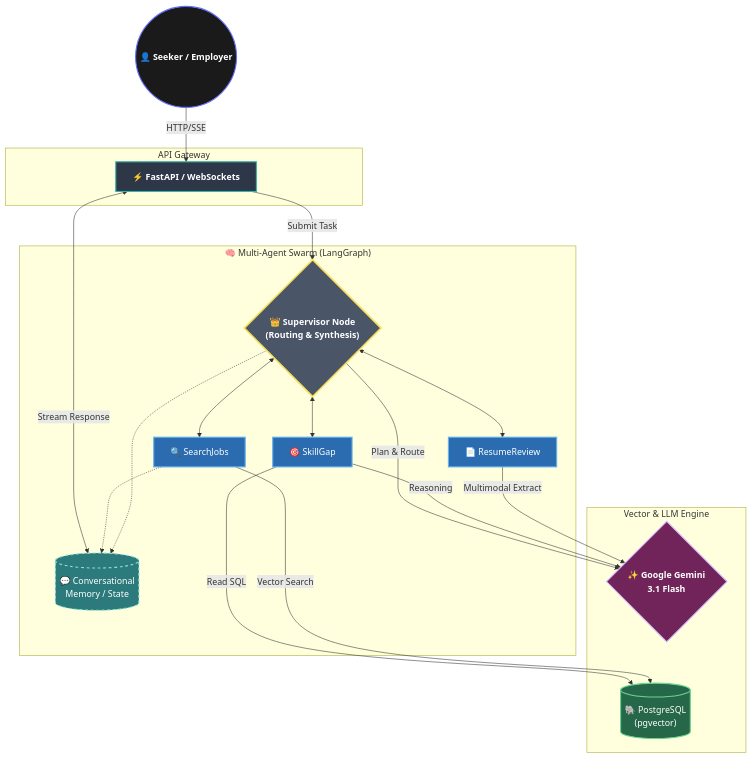
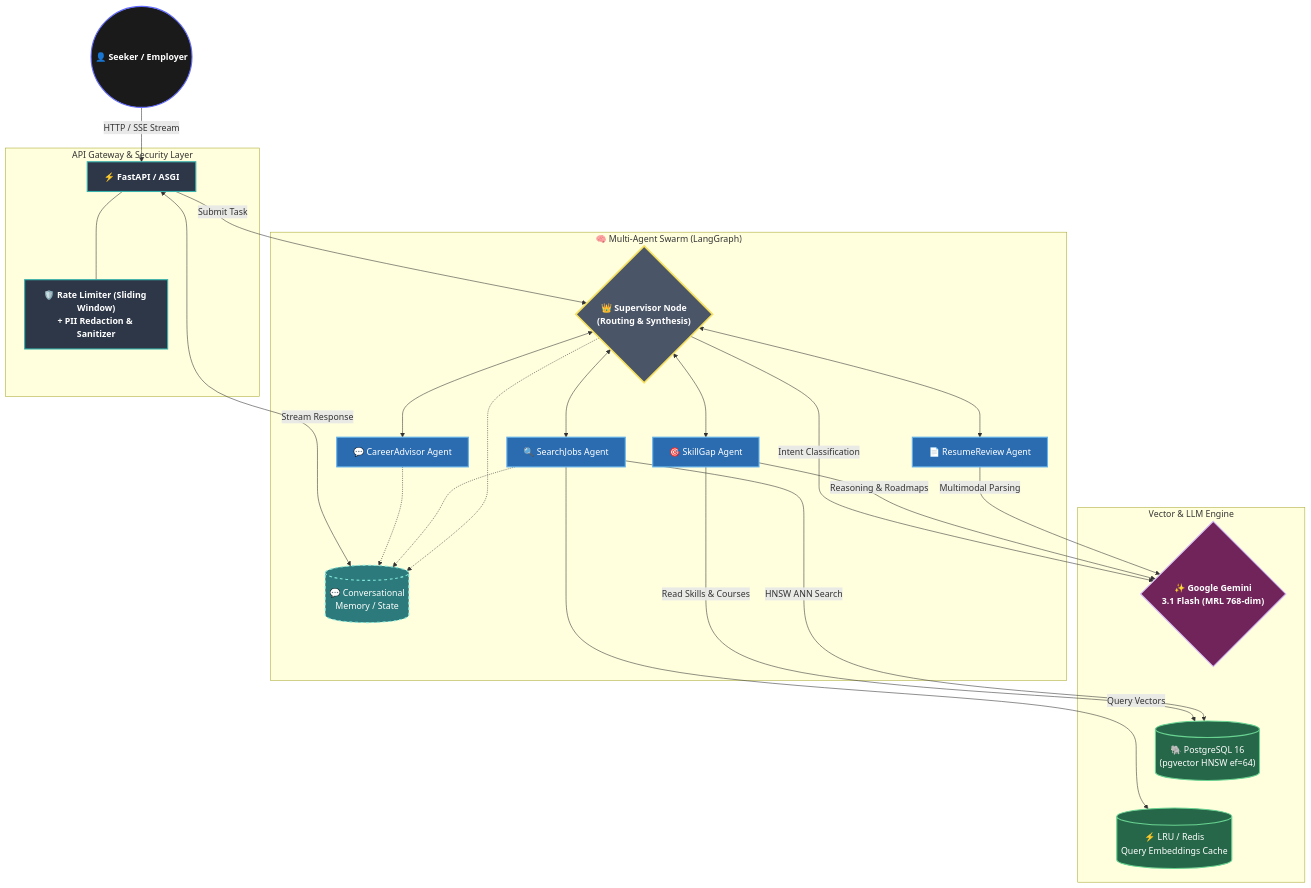
Before and after one commit to LouSens/KerjaCerdas: the third of 4 diagrams in README.md, drawn with Mermaid. The commit also changed other lines of this file and 9 other files, not shown here.

Commit message:
docs: consolidate formal proposal suite with realistic 3-year financial model and 100% full-cloud roadmap

````diff
--- a/README.md
+++ b/README.md
@@ -211,55 +230,62 @@
 ```mermaid
 flowchart TD
     %% Modern Startup Aesthetics
     classDef user fill:#1A1A1A,stroke:#646CFF,stroke-width:2px,color:#FFF,font-weight:bold
     classDef api fill:#2D3748,stroke:#38B2AC,stroke-width:2px,color:#FFF,font-weight:bold
     classDef supervisor fill:#4A5568,stroke:#F6E05E,stroke-width:3px,color:#FFF,font-weight:bold
     classDef worker fill:#2B6CB0,stroke:#63B3ED,stroke-width:2px,color:#FFF
     classDef state fill:#2C7A7B,stroke:#81E6D9,stroke-width:2px,color:#FFF,stroke-dasharray: 5 5
     classDef db fill:#276749,stroke:#68D391,stroke-width:2px,color:#FFF
     classDef llm fill:#702459,stroke:#D6BCFA,stroke-width:2px,color:#FFF,font-weight:bold
 
     User((👤 Seeker / Employer)):::user
 
-    subgraph API_Layer ["API Gateway"]
-        FastAPI["⚡ FastAPI / WebSockets"]:::api
+    subgraph API_Layer ["API Gateway & Security Layer"]
+        FastAPI["⚡ FastAPI / ASGI"]:::api
+        Middleware["🛡️ Rate Limiter (Sliding Window)\n+ PII Redaction & Sanitizer"]:::api
+        FastAPI --- Middleware
     end
 
     subgraph LangGraph_Swarm ["🧠 Multi-Agent Swarm (LangGraph)"]
         Supervisor{"👑 Supervisor Node\n(Routing & Synthesis)"}:::supervisor
         
         %% Agents
-        SearchAgent["🔍 SearchJobs"]:::worker
-        ReviewAgent["📄 ResumeReview"]:::worker
-        GapAgent["🎯 SkillGap"]:::worker
+        SearchAgent["🔍 SearchJobs Agent"]:::worker
+        ReviewAgent["📄 ResumeReview Agent"]:::worker
+        GapAgent["🎯 SkillGap Agent"]:::worker
+        AdvisorAgent["💬 CareerAdvisor Agent"]:::worker
         
         GraphState[("💬 Conversational\nMemory / State")]:::state
 
         Supervisor <--> SearchAgent
         Supervisor <--> ReviewAgent
         Supervisor <--> GapAgent
+        Supervisor <--> AdvisorAgent
         
         Supervisor -.-> GraphState
         SearchAgent -.-> GraphState
+        AdvisorAgent -.-> GraphState
     end
 
     subgraph Infrastructure ["Vector & LLM Engine"]
-        Gemini{"✨ Google Gemini\n3.1 Flash"}:::llm
-        PG[("🐘 PostgreSQL\n(pgvector)")]:::db
+        Gemini{"✨ Google Gemini\n3.1 Flash (MRL 768-dim)"}:::llm
+        PG[("🐘 PostgreSQL 16\n(pgvector HNSW ef=64)")]:::db
+        Cache[("⚡ LRU / Redis\nQuery Embeddings Cache")]:::db
         
         Gemini ~~~ PG
+        PG ~~~ Cache
     end
 
     %% Vertical Data Flow
-    User -->|HTTP/SSE| FastAPI
+    User -->|HTTP / SSE Stream| FastAPI
     FastAPI -->|Submit Task| Supervisor
     FastAPI <-->|Stream Response| GraphState
 
     %% Agents to Infrastructure
-    SearchAgent -->|Vector Search| PG
-    GapAgent -->|Read SQL| PG
-
-    ReviewAgent -->|Multimodal Extract| Gemini
-    GapAgent -->|Reasoning| Gemini
-    Supervisor -->|Plan & Route| Gemini
+    SearchAgent -->|HNSW ANN Search| PG
+    GapAgent -->|Read Skills & Courses| PG
+    ReviewAgent -->|Multimodal Parsing| Gemini
+    GapAgent -->|Reasoning & Roadmaps| Gemini
+    Supervisor -->|Intent Classification| Gemini
+    SearchAgent -->|Query Vectors| Cache
 ```
````
